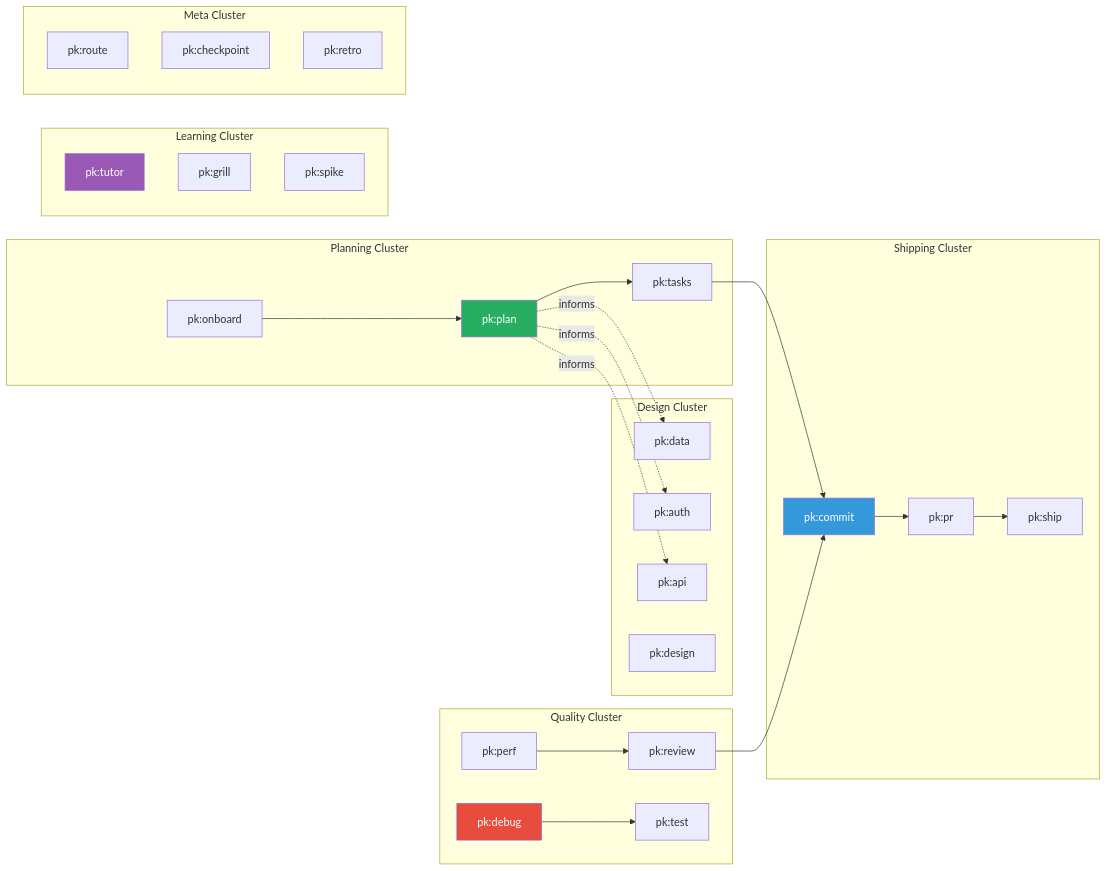
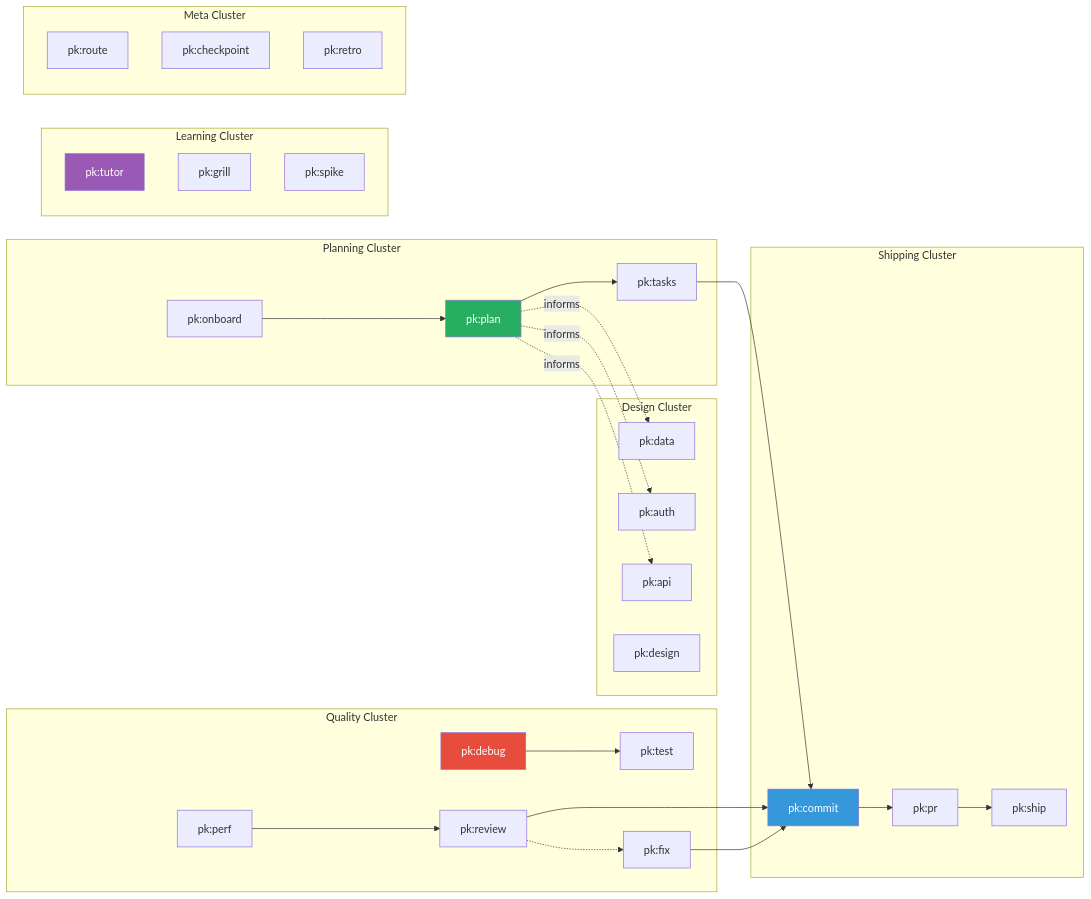
The second of 2 diagrams in docs/WORKFLOW-MAP.md (lowqualityloey/better-promptkit), drawn with Mermaid before and after one commit. The commit also changed other lines of this file and 6 other files, not shown here.

````diff
--- a/docs/WORKFLOW-MAP.md
+++ b/docs/WORKFLOW-MAP.md
@@ -254,57 +256,60 @@
 ```mermaid
 graph LR
     subgraph "Planning Cluster"
         Plan[pk:plan]
         Onboard[pk:onboard]
         Tasks[pk:tasks]
         Plan --> Tasks
         Onboard --> Plan
     end
     
     subgraph "Design Cluster"
         Data[pk:data]
         Auth[pk:auth]
         API[pk:api]
         Design[pk:design]
         Plan -.->|informs| Data
         Plan -.->|informs| Auth
         Plan -.->|informs| API
     end
     
     subgraph "Quality Cluster"
         Debug[pk:debug]
+        Fix[pk:fix]
         Perf[pk:perf]
         Review[pk:review]
         Test[pk:test]
     end
     
     subgraph "Shipping Cluster"
         Commit[pk:commit]
         PR[pk:pr]
         Ship[pk:ship]
         Commit --> PR
         PR --> Ship
     end
     
     subgraph "Learning Cluster"
         Tutor[pk:tutor]
         Grill[pk:grill]
         Spike[pk:spike]
     end
     
     subgraph "Meta Cluster"
         Route[pk:route]
         Checkpoint[pk:checkpoint]
         Retro[pk:retro]
     end
     
     Tasks --> Commit
     Review --> Commit
+    Review -.-> Fix
+    Fix --> Commit
     Debug --> Test
     Perf --> Review
     
     style Plan fill:#27AE60,color:#fff
     style Debug fill:#E74C3C,color:#fff
     style Commit fill:#3498DB,color:#fff
     style Tutor fill:#9B59B6,color:#fff
 ```
````
